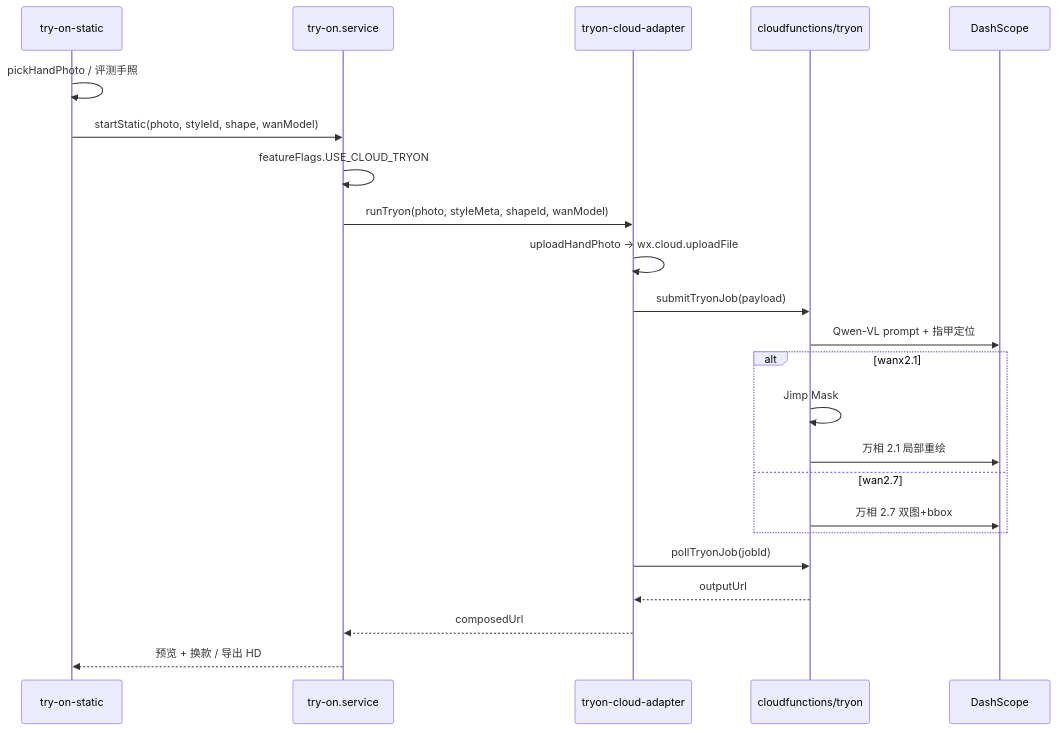
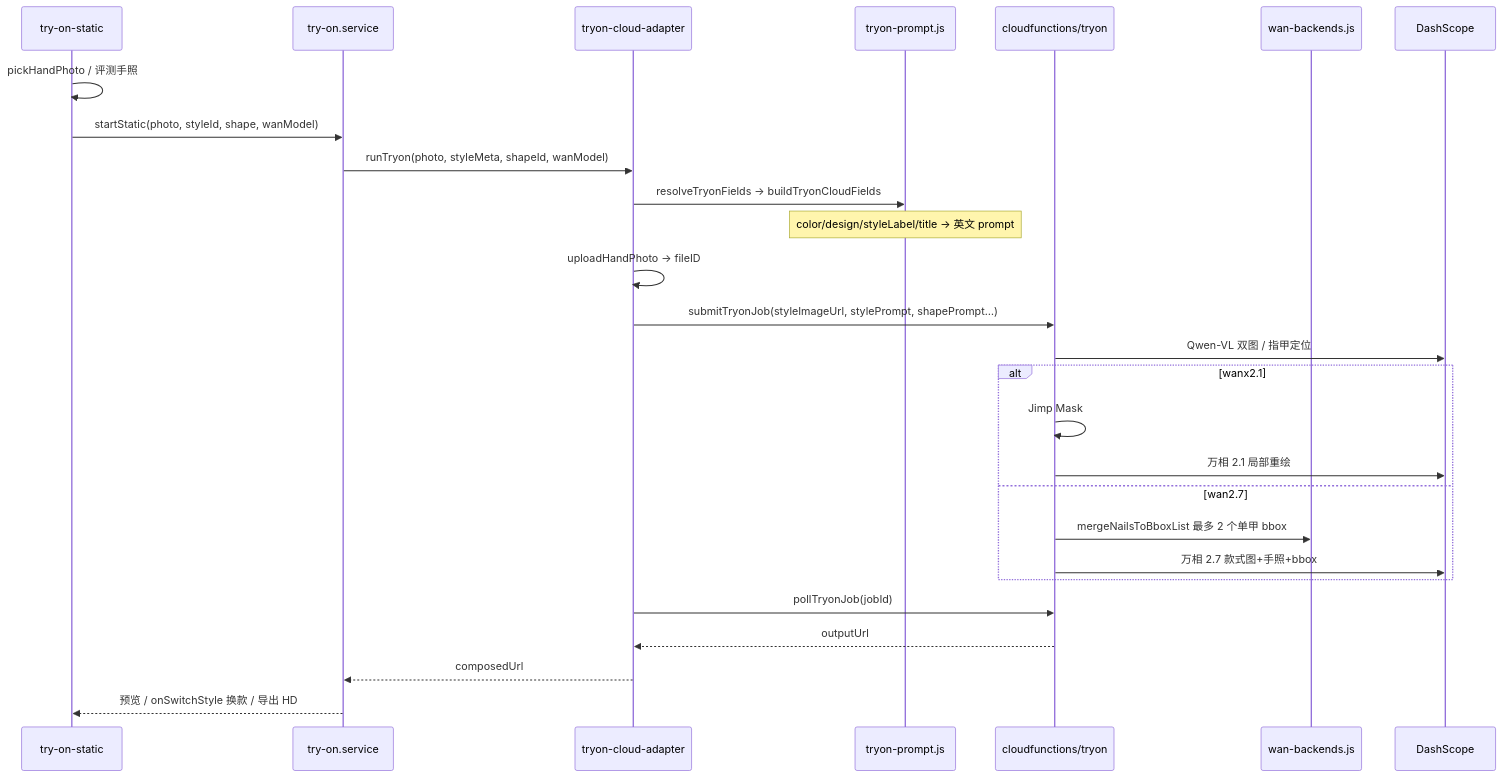
The third of 5 diagrams in docs/CODEGRAPH.md (Icarus-2001/nailmirror-v1.0.3-20260527), drawn with Mermaid before and after one commit. The commit also changed other lines of this file, not shown here.

````diff
--- a/docs/CODEGRAPH.md
+++ b/docs/CODEGRAPH.md
@@ -108,26 +149,30 @@
 ```mermaid
 sequenceDiagram
   participant P as try-on-static
   participant S as try-on.service
   participant A as tryon-cloud-adapter
+  participant TP as tryon-prompt.js
   participant CF as cloudfunctions/tryon
+  participant WB as wan-backends.js
   participant DS as DashScope
 
   P->>P: pickHandPhoto / 评测手照
   P->>S: startStatic(photo, styleId, shape, wanModel)
-  S->>S: featureFlags.USE_CLOUD_TRYON
   S->>A: runTryon(photo, styleMeta, shapeId, wanModel)
-  A->>A: uploadHandPhoto → wx.cloud.uploadFile
-  A->>CF: submitTryonJob(payload)
-  CF->>DS: Qwen-VL prompt + 指甲定位
+  A->>TP: resolveTryonFields → buildTryonCloudFields
+  Note over TP: color/design/styleLabel/title → 英文 prompt
+  A->>A: uploadHandPhoto → fileID
+  A->>CF: submitTryonJob(styleImageUrl, stylePrompt, shapePrompt…)
+  CF->>DS: Qwen-VL 双图 / 指甲定位
   alt wanx2.1
     CF->>CF: Jimp Mask
     CF->>DS: 万相 2.1 局部重绘
   else wan2.7
-    CF->>DS: 万相 2.7 双图+bbox
+    CF->>WB: mergeNailsToBboxList 最多 2 个单甲 bbox
+    CF->>DS: 万相 2.7 款式图+手照+bbox
   end
   A->>CF: pollTryonJob(jobId)
   CF-->>A: outputUrl
   A-->>S: composedUrl
-  S-->>P: 预览 + 换款 / 导出 HD
+  S-->>P: 预览 / onSwitchStyle 换款 / 导出 HD
 ```
````
